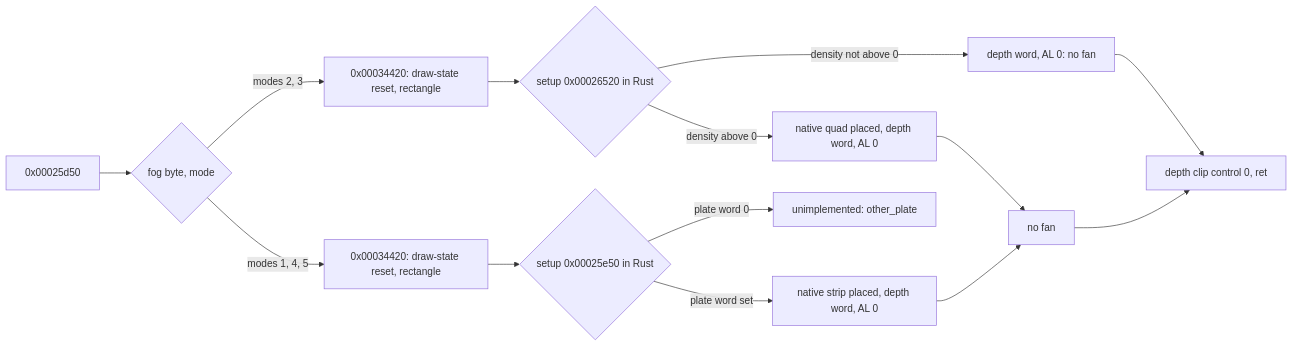
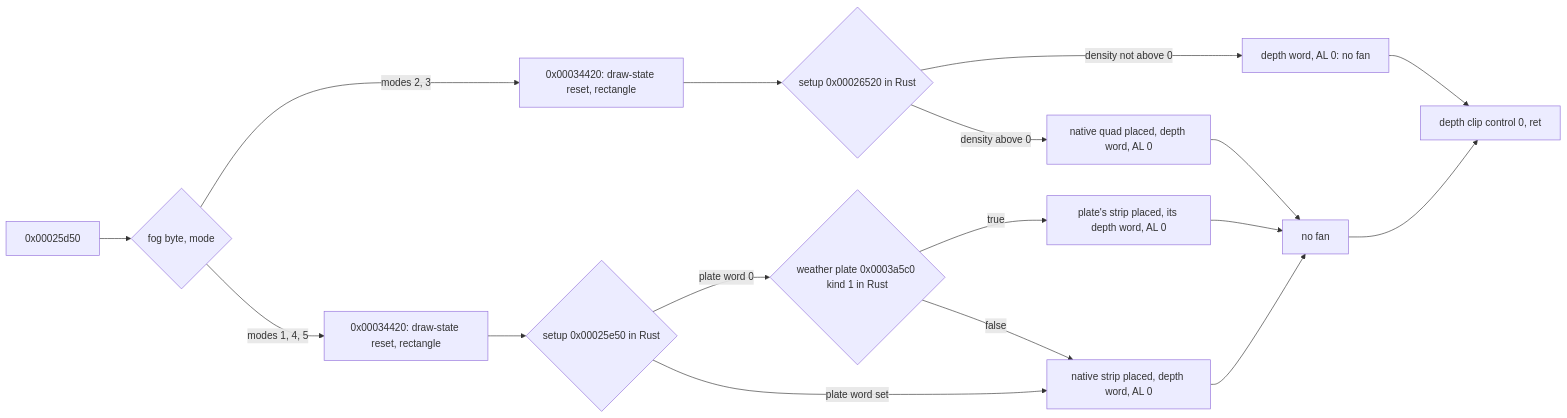
The diagram in docs/graphics/retire-d3d-fog-quad.md (0xdeafcafe/h2r), drawn with Mermaid before and after one commit. The commit also changed other lines of this file and 8 other files, not shown here.

First line of the commit message:
fog quad: the other setup's plate word 0 asks the weather plate 0x3a5c0 as kind 1 (PlateArgs::planar); true draws the plate's block at its depth, the other_plate panic gone

````diff
--- a/docs/graphics/retire-d3d-fog-quad.md
+++ b/docs/graphics/retire-d3d-fog-quad.md
@@ -11,13 +11,15 @@
 ```mermaid
 flowchart LR
   F[0x00025d50] --> B{fog byte, mode}
   B -- modes 2, 3 --> Q[0x00034420: draw-state reset, rectangle]
   B -- modes 1, 4, 5 --> R[0x00034420: draw-state reset, rectangle]
   Q --> S{setup 0x00026520 in Rust}
   R --> P{setup 0x00025e50 in Rust}
-  P -- plate word 0 --> X[unimplemented: other_plate]
+  P -- plate word 0 --> W{weather plate 0x0003a5c0 kind 1 in Rust}
+  W -- true --> X[plate's strip placed, its depth word, AL 0] --> T
+  W -- false --> G
   P -- plate word set --> G[native strip placed, depth word, AL 0] --> T
   S -- density not above 0 --> N[depth word, AL 0: no fan]
   S -- density above 0 --> D[native quad placed, depth word, AL 0] --> T[no fan]
   N & T --> E[depth clip control 0, ret]
 ```
````
